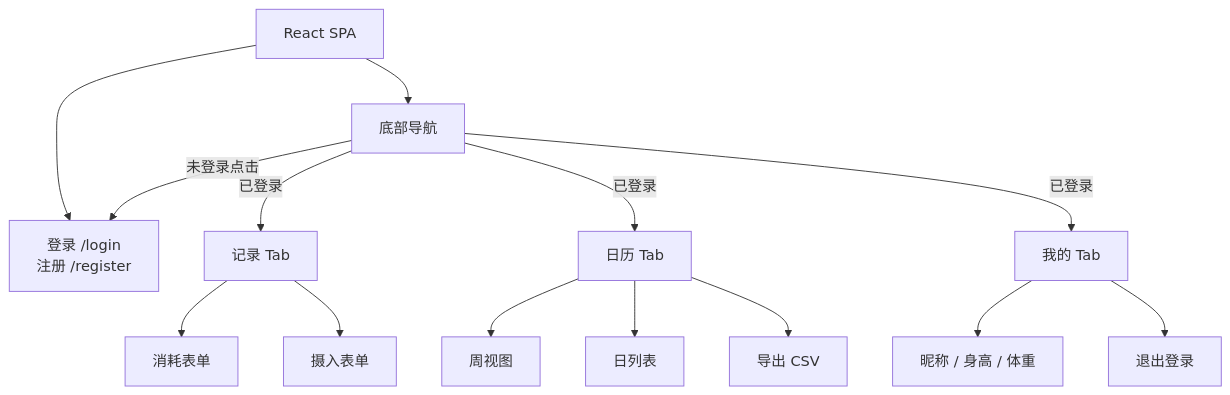
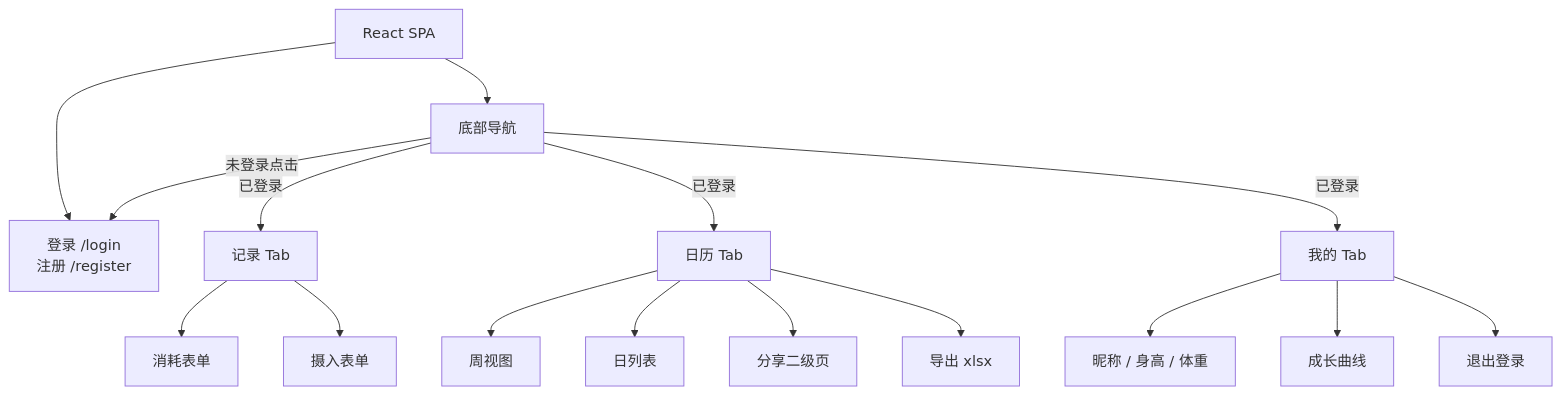
One commit to lippchan-cloud/workOut changed the third of 11 diagrams in doc/workOut-技术架构.md. Above: the diagram before and after it, drawn with Mermaid. The commit also changed other lines of this file and 21 other files, not shown here.

````diff
--- a/doc/workOut-技术架构.md
+++ b/doc/workOut-技术架构.md
@@ -97,24 +99,26 @@
 ```mermaid
 flowchart TB
   SPA["React SPA"]
   AuthPages["登录 /login<br/>注册 /register"]
   Nav["底部导航"]
   Record["记录 Tab"]
   Calendar["日历 Tab"]
   Profile["我的 Tab"]
 
   SPA --> AuthPages
   SPA --> Nav
   Nav -->|未登录点击| AuthPages
   Nav -->|已登录| Record
   Nav -->|已登录| Calendar
   Nav -->|已登录| Profile
 
   Record --> ConsumeForm["消耗表单"]
   Record --> IntakeForm["摄入表单"]
   Calendar --> WeekBar["周视图"]
   Calendar --> DayList["日列表"]
-  Calendar --> ExportBtn["导出 CSV"]
+  Calendar --> SharePage["分享二级页"]
+  Calendar --> ExportBtn["导出 xlsx"]
   Profile --> ProfileForm["昵称 / 身高 / 体重"]
+  Profile --> Curve["成长曲线"]
   Profile --> Logout["退出登录"]
 ```
````
